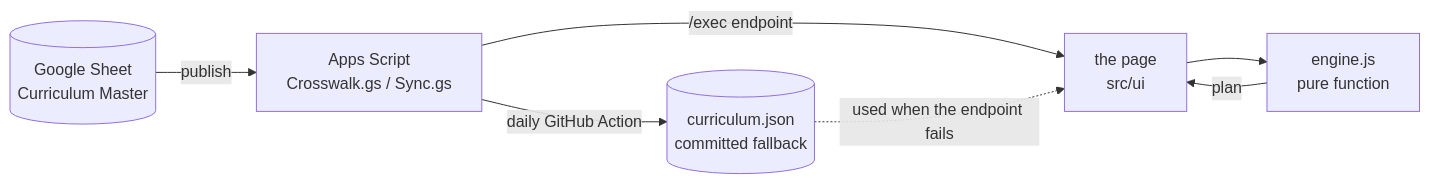
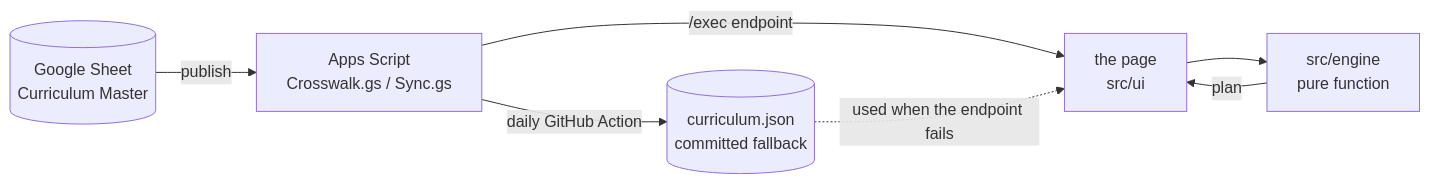
Before and after one commit to RuvaS20/crosswalk: the first of 3 diagrams in docs/architecture.md, drawn with Mermaid. The commit also changed other lines of this file and 7 other files, not shown here.

First line of the commit message:
Split engine.js into src/engine: index, filter, schedule

````diff
--- a/docs/architecture.md
+++ b/docs/architecture.md
@@ -18,15 +18,15 @@
 ```mermaid
 flowchart LR
   S[("Google Sheet<br/>Curriculum Master")]
   A["Apps Script<br/>Crosswalk.gs / Sync.gs"]
   J[("curriculum.json<br/>committed fallback")]
-  E["engine.js<br/>pure function"]
+  E["src/engine<br/>pure function"]
   U["the page<br/>src/ui"]
 
   S -->|"publish"| A
   A -->|"/exec endpoint"| U
   A -->|"daily GitHub Action"| J
   J -.->|"used when the endpoint fails"| U
   U --> E
   E -->|"plan"| U
 ```
````
